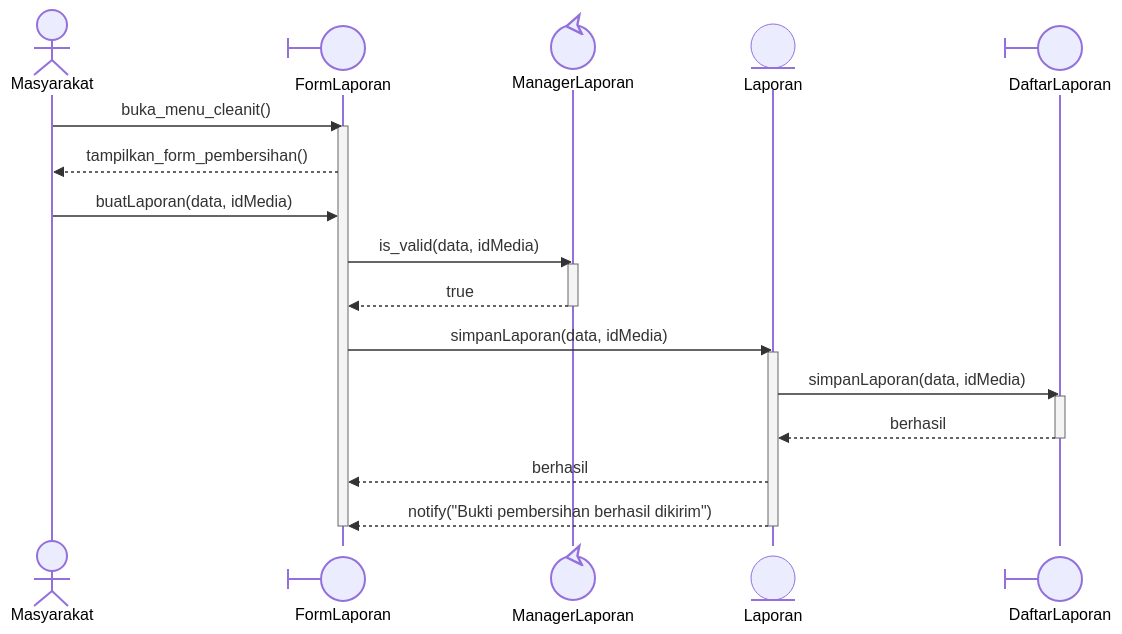
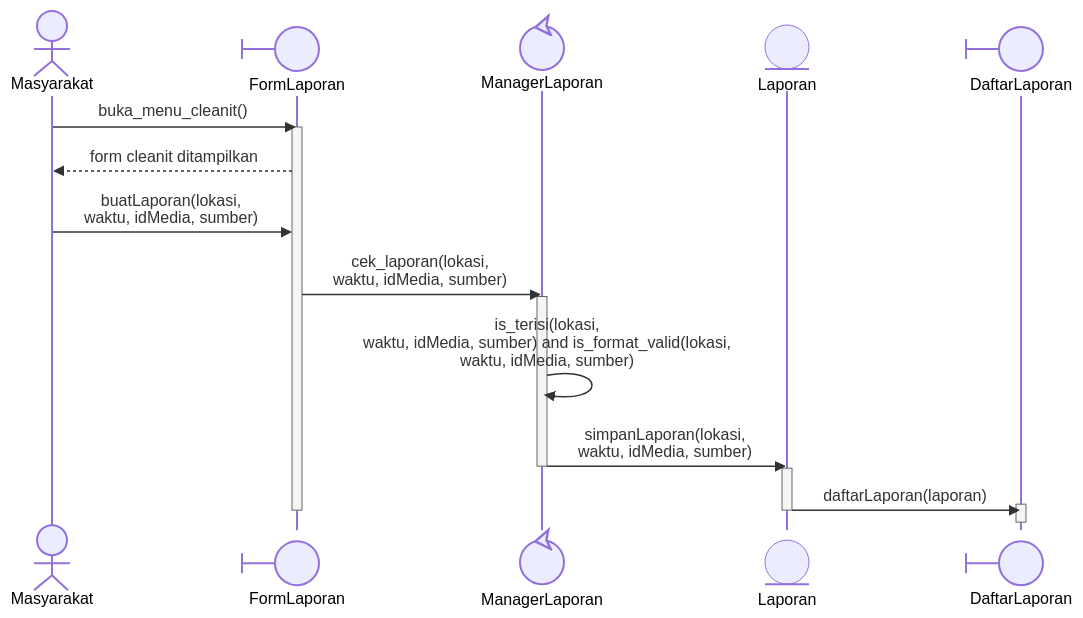
One commit to star-scripter/IF2150-RPL-K03-G02 changed diagram 16 of 29 in docs/M8/K03_G02_DPPL2.md. Above: the diagram before and after it, drawn with Mermaid. The commit also changed other lines of this file, not shown here.

````diff
--- a/docs/M8/K03_G02_DPPL2.md
+++ b/docs/M8/K03_G02_DPPL2.md
@@ -914,31 +915,28 @@
 ```mermaid
 %%{init: {'themeCSS': '.actor-line { stroke-dasharray: 4, 4; }'}}%%
 sequenceDiagram
     actor M as Masyarakat
     participant FL@{"type":"boundary"} as FormLaporan
     participant ML@{"type":"control"} as ManagerLaporan
     participant L@{"type":"entity"} as Laporan
     participant DL@{"type":"boundary"} as DaftarLaporan
 
     M->>FL: buka_menu_cleanit()
     activate FL
-    FL-->>M: tampilkan_form_pembersihan()
+    FL-->>M: form cleanit ditampilkan
 
-    M->>FL: buatLaporan(data, idMedia)
-    FL->>ML: is_valid(data, idMedia)
+    M->>FL: buatLaporan(lokasi, <br/>waktu, idMedia, sumber)
+    FL->>ML: cek_laporan(lokasi, <br/>waktu, idMedia, sumber)
     activate ML
-    ML-->>FL: true
+    ML->>ML: is_terisi(lokasi, <br/>waktu, idMedia, sumber) and is_format_valid(lokasi, <br/>waktu, idMedia, sumber)
+
+    ML->>L: simpanLaporan(lokasi, <br/>waktu, idMedia, sumber)
     deactivate ML
-
-    FL->>L: simpanLaporan(data, idMedia)
     activate L
-    L->>DL: simpanLaporan(data, idMedia)
+    L->>DL: daftarLaporan(laporan)
     activate DL
-    DL-->>L: berhasil
     deactivate DL
-    L-->>FL: berhasil
-    L-->>FL: notify("Bukti pembersihan berhasil dikirim")
     deactivate FL
     deactivate L
 
 ```
````
